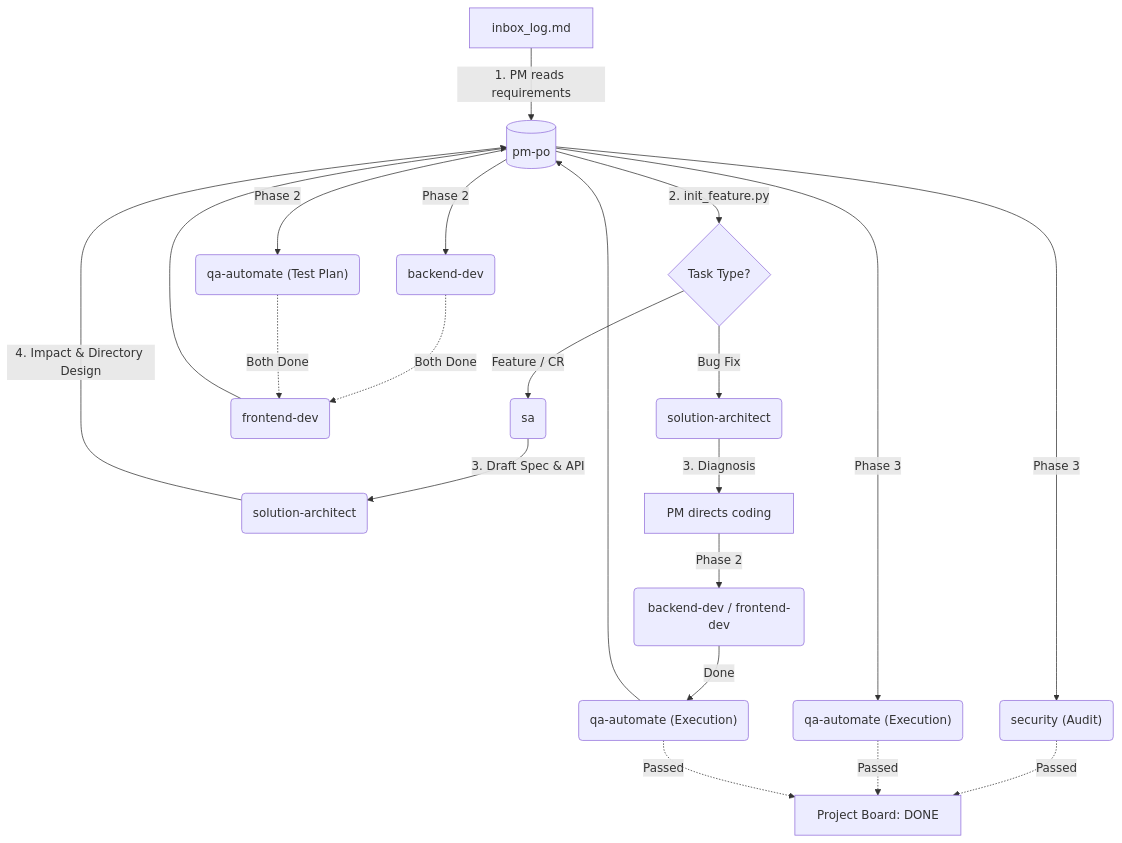
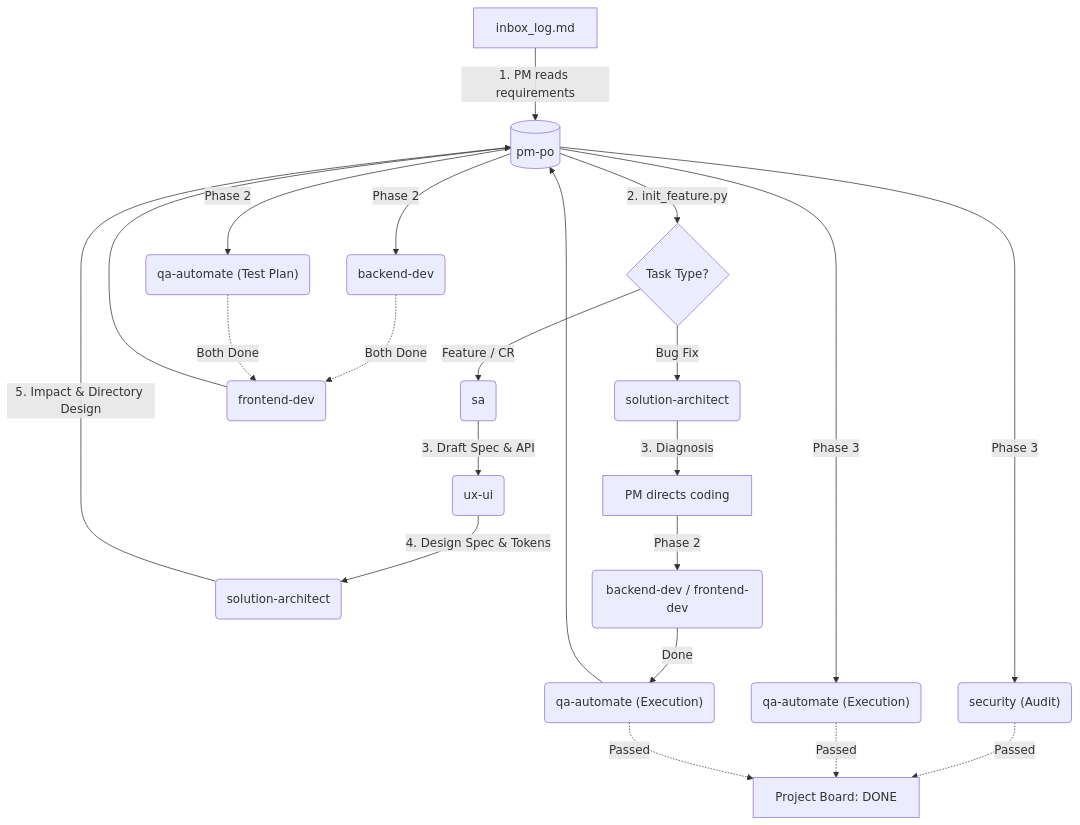
One commit to supat29182/gemini-agent-team-template changed the first of 2 diagrams in README.md. Above: the diagram before and after it, drawn with Mermaid. The commit also changed other lines of this file and 9 other files, not shown here.

````diff
--- a/README.md
+++ b/README.md
@@ -16,29 +16,30 @@
 ```mermaid
 graph TD
     INBOX["inbox_log.md"] -->|"1. PM reads requirements"| PM[("pm-po")]
     PM -->|"2. init_feature.py"| Init{Task Type?}
     
     %% Feature & CR Flow
     Init -->|"Feature / CR"| SA("sa")
-    SA -->|"3. Draft Spec & API"| ARCH("solution-architect")
-    ARCH -->|"4. Impact & Directory Design"| PM
+    SA -->|"3. Draft Spec & API"| UXUI("ux-ui")
+    UXUI -->|"4. Design Spec & Tokens"| ARCH("solution-architect")
+    ARCH -->|"5. Impact & Directory Design"| PM
     
     PM -->|"Phase 2"| BACK("backend-dev")
     PM -->|"Phase 2"| QA_P("qa-automate (Test Plan)")
     BACK & QA_P -.->|"Both Done"| FRONT("frontend-dev")
     FRONT --> PM
     
     PM -->|"Phase 3"| SEC("security (Audit)")
     PM -->|"Phase 3"| QA_E("qa-automate (Execution)")
     
     %% Bug Flow
     Init -->|"Bug Fix"| ARCH_BUG("solution-architect")
     ARCH_BUG -->|"3. Diagnosis"| PM_BUG[PM directs coding]
     PM_BUG -->|"Phase 2"| DEV_BUG("backend-dev / frontend-dev")
     DEV_BUG -->|"Done"| QA_BUG("qa-automate (Execution)")
     QA_BUG --> PM
     
     %% Verification & DONE
     SEC & QA_E -.->|"Passed"| DONE["Project Board: DONE"]
     QA_BUG -.->|"Passed"| DONE
 ```
````
